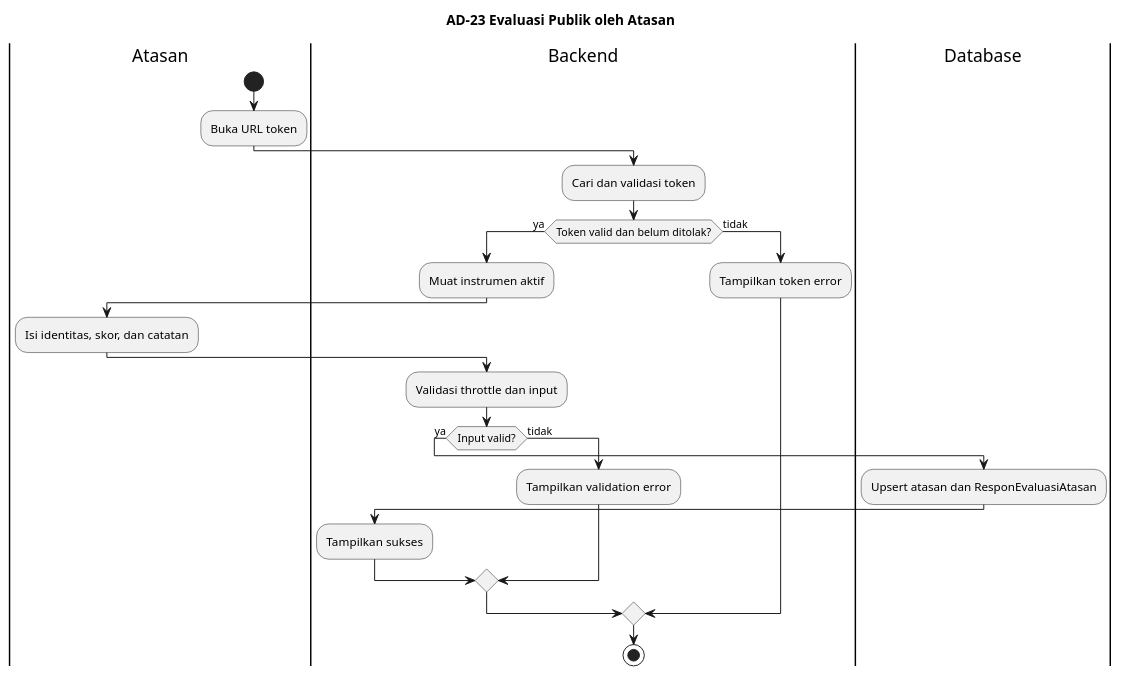
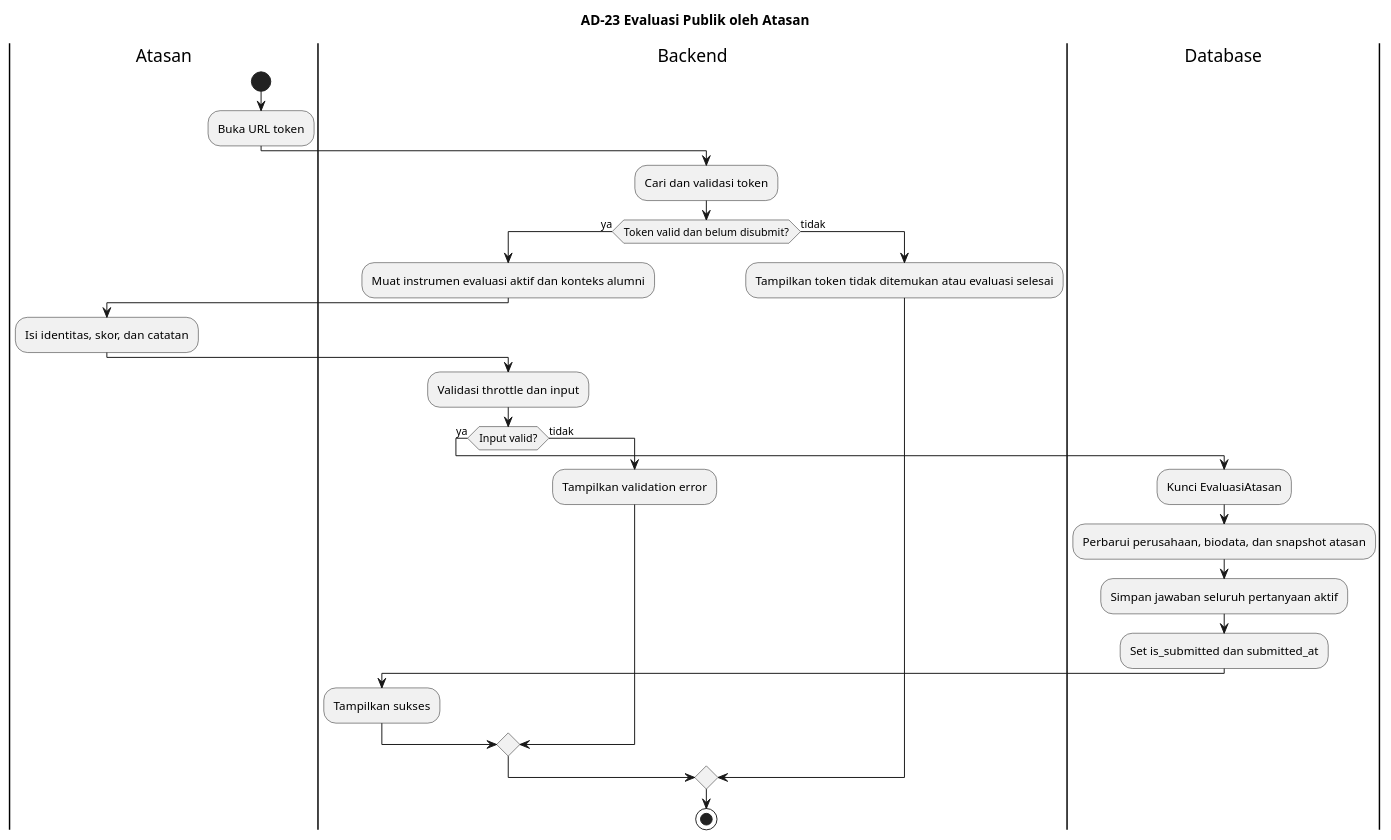
One commit to claraanjelitakd/tugas-akhir changed the diagram in docs/uml/activity-diagrams/AD-23-evaluasi-publik.puml. Above: the diagram before and after it, drawn with PlantUML. The commit also changed 19 other files, not shown here.

Commit message:
docs: revise UCD and activity diagrams

```diff
--- a/docs/uml/activity-diagrams/AD-23-evaluasi-publik.puml
+++ b/docs/uml/activity-diagrams/AD-23-evaluasi-publik.puml
@@ -1,26 +1,29 @@
 @startuml
 title AD-23 Evaluasi Publik oleh Atasan
 |Atasan|
 start
 :Buka URL token;
 |Backend|
 :Cari dan validasi token;
-if (Token valid dan belum ditolak?) then (ya)
-  :Muat instrumen aktif;
+  if (Token valid dan belum disubmit?) then (ya)
+    :Muat instrumen evaluasi aktif dan konteks alumni;
   |Atasan|
   :Isi identitas, skor, dan catatan;
   |Backend|
   :Validasi throttle dan input;
   if (Input valid?) then (ya)
     |Database|
-    :Upsert atasan dan ResponEvaluasiAtasan;
+    :Kunci EvaluasiAtasan;
+    :Perbarui perusahaan, biodata, dan snapshot atasan;
+    :Simpan jawaban seluruh pertanyaan aktif;
+    :Set is_submitted dan submitted_at;
     |Backend|
     :Tampilkan sukses;
   else (tidak)
     :Tampilkan validation error;
   endif
 else (tidak)
-  :Tampilkan token error;
+  :Tampilkan token tidak ditemukan atau evaluasi selesai;
 endif
 stop
 @enduml
```
